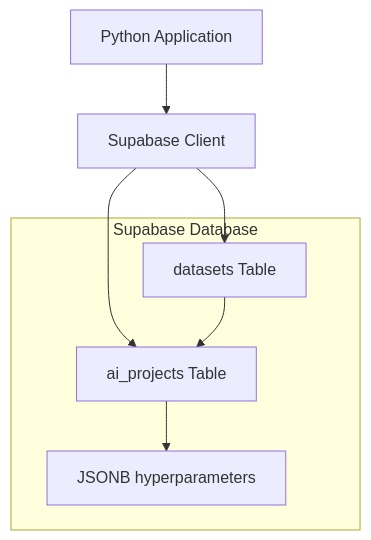
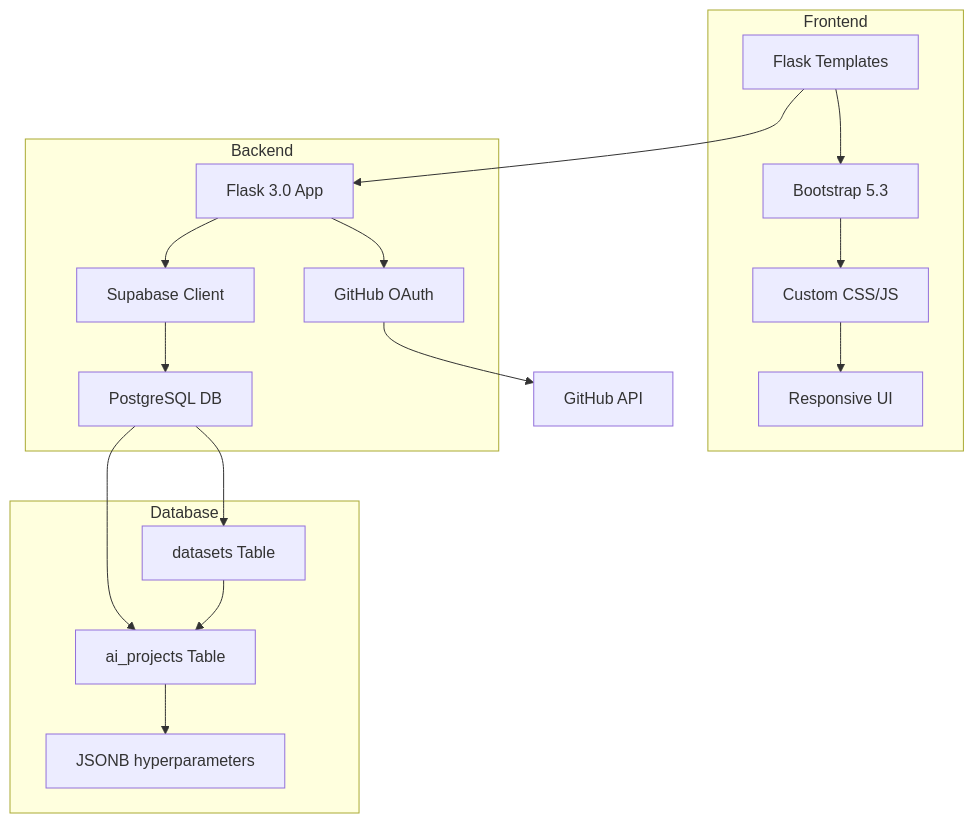
One commit to TonyVallad/Supabase-Experiments changed the diagram in README.md. Above: the diagram before and after it, drawn with Mermaid. The commit also changed other lines of this file and 15 other files, not shown here.

````diff
--- a/README.md
+++ b/README.md
@@ -36,14 +54,24 @@
 ```mermaid
 graph TB
-    A[Python Application] --> B[Supabase Client]
-    B --> C[ai_projects Table]
-    B --> D[datasets Table]
-    C --> E[JSONB hyperparameters]
-    D --> C
+    subgraph "Frontend"
+        A[Flask Templates] --> B[Bootstrap 5.3]
+        B --> C[Custom CSS/JS]
+        C --> D[Responsive UI]
+    end
     
-    subgraph "Supabase Database"
-        C
-        D
-        E
+    subgraph "Backend"
+        E[Flask 3.0 App] --> F[Supabase Client]
+        E --> G[GitHub OAuth]
+        F --> H[PostgreSQL DB]
     end
+    
+    subgraph "Database"
+        H --> I[ai_projects Table]
+        H --> J[datasets Table]
+        I --> K[JSONB hyperparameters]
+        J --> I
+    end
+    
+    A --> E
+    G --> L[GitHub API]
 ```
````
